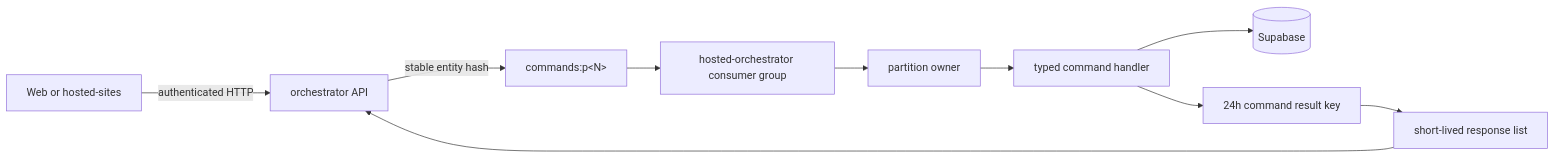
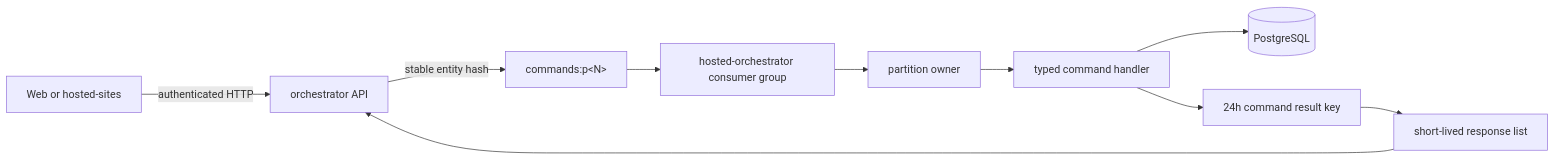
Before and after one commit to Kaiwen0418/agent-benchmark: the fourth of 5 diagrams in docs/data-flow.md, drawn with Mermaid. The commit also changed other lines of this file and 1 other file, not shown here.

````diff
--- a/docs/data-flow.md
+++ b/docs/data-flow.md
@@ -99,12 +99,12 @@
 ```mermaid
 flowchart LR
   Caller["Web or hosted-sites"] -->|"authenticated HTTP"| API["orchestrator API"]
   API -->|"stable entity hash"| Stream["commands:p&lt;N&gt;"]
   Stream --> Group["hosted-orchestrator consumer group"]
   Group --> Worker["partition owner"]
   Worker --> Handler["typed command handler"]
-  Handler --> DB[("Supabase")]
+  Handler --> DB[("PostgreSQL")]
   Handler --> Result["24h command result key"]
   Result --> Reply["short-lived response list"]
   Reply --> API
 ```
````
